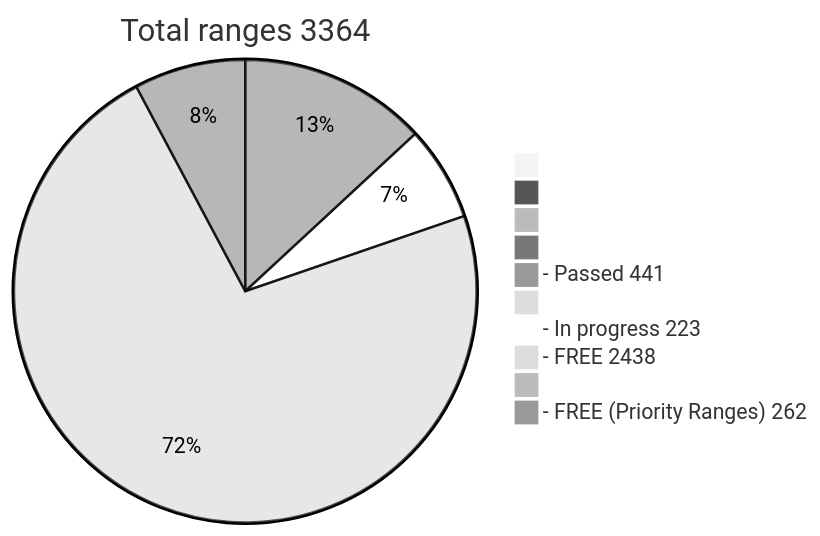
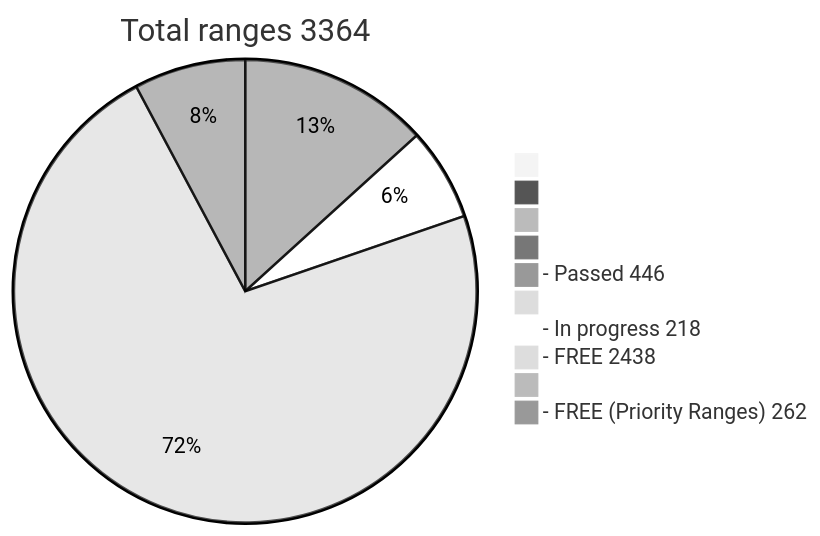
The diagram in README.md (phrutis/wif500), drawn with Mermaid (neutral theme) before and after one commit.

````diff
--- a/README.md
+++ b/README.md
@@ -16,13 +16,13 @@
 ```mermaid
 pie title Total ranges 3364
              " " : 0
             "  " : 0
            "   " : 0
           "    " : 0
-  "- Passed 441" : 441
+  "- Passed 446" : 446
          "     " : 0
-  "- In progress 223" : 223
+  "- In progress 218" : 218
    "- FREE 2438" : 2438
         "      " : 0
   "- FREE (Priority Ranges) 262" : 262
 ```
````
